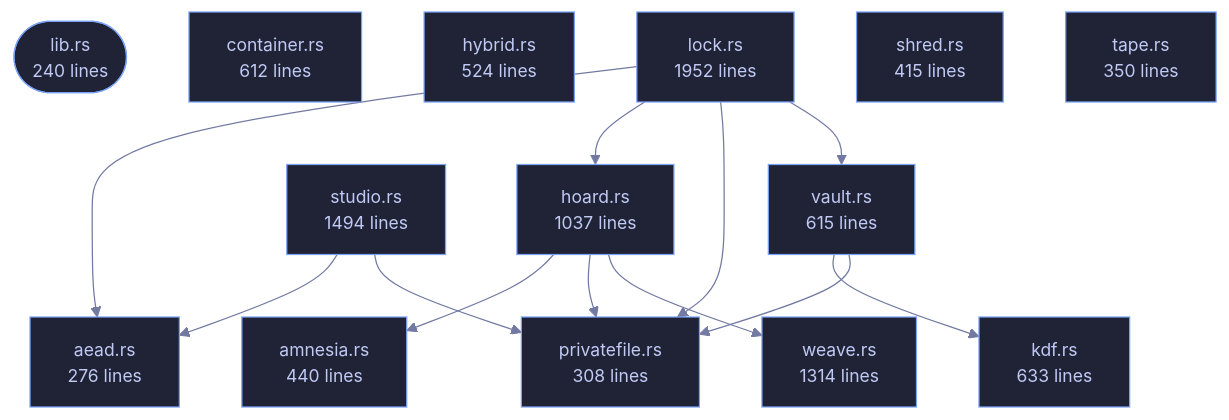
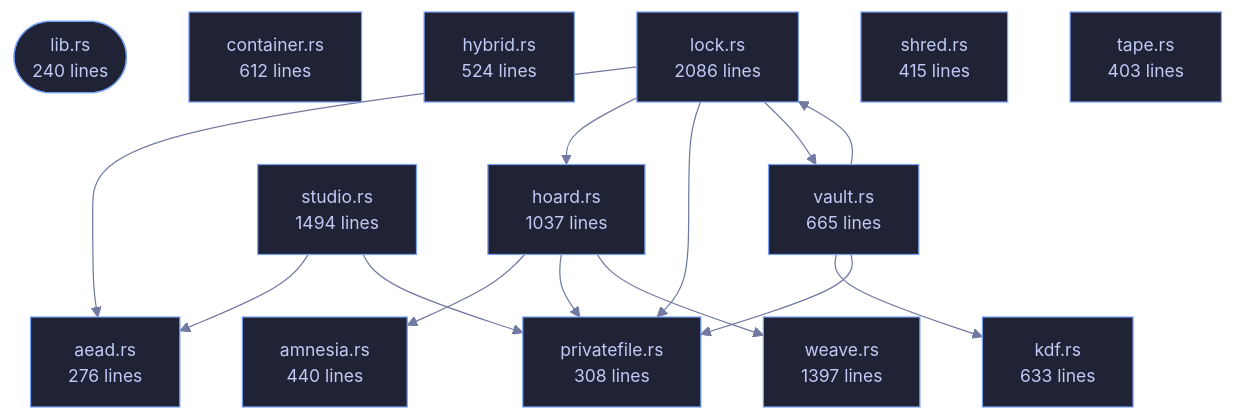
One commit to tilas01/veilvoice changed the diagram in crates/veilvoice-crypto/README.md. Above: the diagram before and after it, drawn with Mermaid. The commit also changed other lines of this file and 29 other files, not shown here.

````diff
--- a/crates/veilvoice-crypto/README.md
+++ b/crates/veilvoice-crypto/README.md
@@ -108,43 +108,44 @@
 ```mermaid
 %%{init: {"theme":"base","themeVariables":{"background":"#1a1b26","primaryColor":"#1f2335","primaryTextColor":"#c0caf5","primaryBorderColor":"#7aa2f7","secondaryColor":"#16161e","tertiaryColor":"#16161e","lineColor":"#737aa2","textColor":"#c0caf5","mainBkg":"#1f2335","nodeBorder":"#7aa2f7","clusterBkg":"#16161e","clusterBorder":"#2f3549","fontFamily":"ui-monospace, SFMono-Regular, Consolas, monospace","fontSize":"14px"}}}%%
 flowchart TD
     n_lib(["lib.rs<br/>240 lines"])
     n_aead["aead.rs<br/>276 lines"]
     n_amnesia["amnesia.rs<br/>440 lines"]
     n_container["container.rs<br/>612 lines"]
     n_hoard["hoard.rs<br/>1037 lines"]
     n_hybrid["hybrid.rs<br/>524 lines"]
     n_kdf["kdf.rs<br/>633 lines"]
-    n_lock["lock.rs<br/>1952 lines"]
+    n_lock["lock.rs<br/>2086 lines"]
     n_privatefile["privatefile.rs<br/>308 lines"]
     n_shred["shred.rs<br/>415 lines"]
     n_studio["studio.rs<br/>1494 lines"]
-    n_tape["tape.rs<br/>350 lines"]
-    n_vault["vault.rs<br/>615 lines"]
-    n_weave["weave.rs<br/>1314 lines"]
+    n_tape["tape.rs<br/>403 lines"]
+    n_vault["vault.rs<br/>665 lines"]
+    n_weave["weave.rs<br/>1397 lines"]
     n_hoard --> n_amnesia
     n_hoard --> n_privatefile
     n_hoard --> n_weave
     n_lock --> n_aead
     n_lock --> n_hoard
     n_lock --> n_privatefile
     n_lock --> n_vault
     n_studio --> n_aead
     n_studio --> n_privatefile
     n_vault --> n_kdf
+    n_vault --> n_lock
     n_vault --> n_privatefile
     click n_lib href "https://github.com/tilas01/veilvoice/blob/main/crates/veilvoice-crypto/src/lib.rs" "open the source"
     click n_aead href "https://github.com/tilas01/veilvoice/blob/main/crates/veilvoice-crypto/src/aead.rs" "open the source"
     click n_amnesia href "https://github.com/tilas01/veilvoice/blob/main/crates/veilvoice-crypto/src/amnesia.rs" "open the source"
     click n_container href "https://github.com/tilas01/veilvoice/blob/main/crates/veilvoice-crypto/src/container.rs" "open the source"
     click n_hoard href "https://github.com/tilas01/veilvoice/blob/main/crates/veilvoice-crypto/src/hoard.rs" "open the source"
     click n_hybrid href "https://github.com/tilas01/veilvoice/blob/main/crates/veilvoice-crypto/src/hybrid.rs" "open the source"
     click n_kdf href "https://github.com/tilas01/veilvoice/blob/main/crates/veilvoice-crypto/src/kdf.rs" "open the source"
     click n_lock href "https://github.com/tilas01/veilvoice/blob/main/crates/veilvoice-crypto/src/lock.rs" "open the source"
     click n_privatefile href "https://github.com/tilas01/veilvoice/blob/main/crates/veilvoice-crypto/src/privatefile.rs" "open the source"
     click n_shred href "https://github.com/tilas01/veilvoice/blob/main/crates/veilvoice-crypto/src/shred.rs" "open the source"
     click n_studio href "https://github.com/tilas01/veilvoice/blob/main/crates/veilvoice-crypto/src/studio.rs" "open the source"
     click n_tape href "https://github.com/tilas01/veilvoice/blob/main/crates/veilvoice-crypto/src/tape.rs" "open the source"
     click n_vault href "https://github.com/tilas01/veilvoice/blob/main/crates/veilvoice-crypto/src/vault.rs" "open the source"
     click n_weave href "https://github.com/tilas01/veilvoice/blob/main/crates/veilvoice-crypto/src/weave.rs" "open the source"
 ```
````
